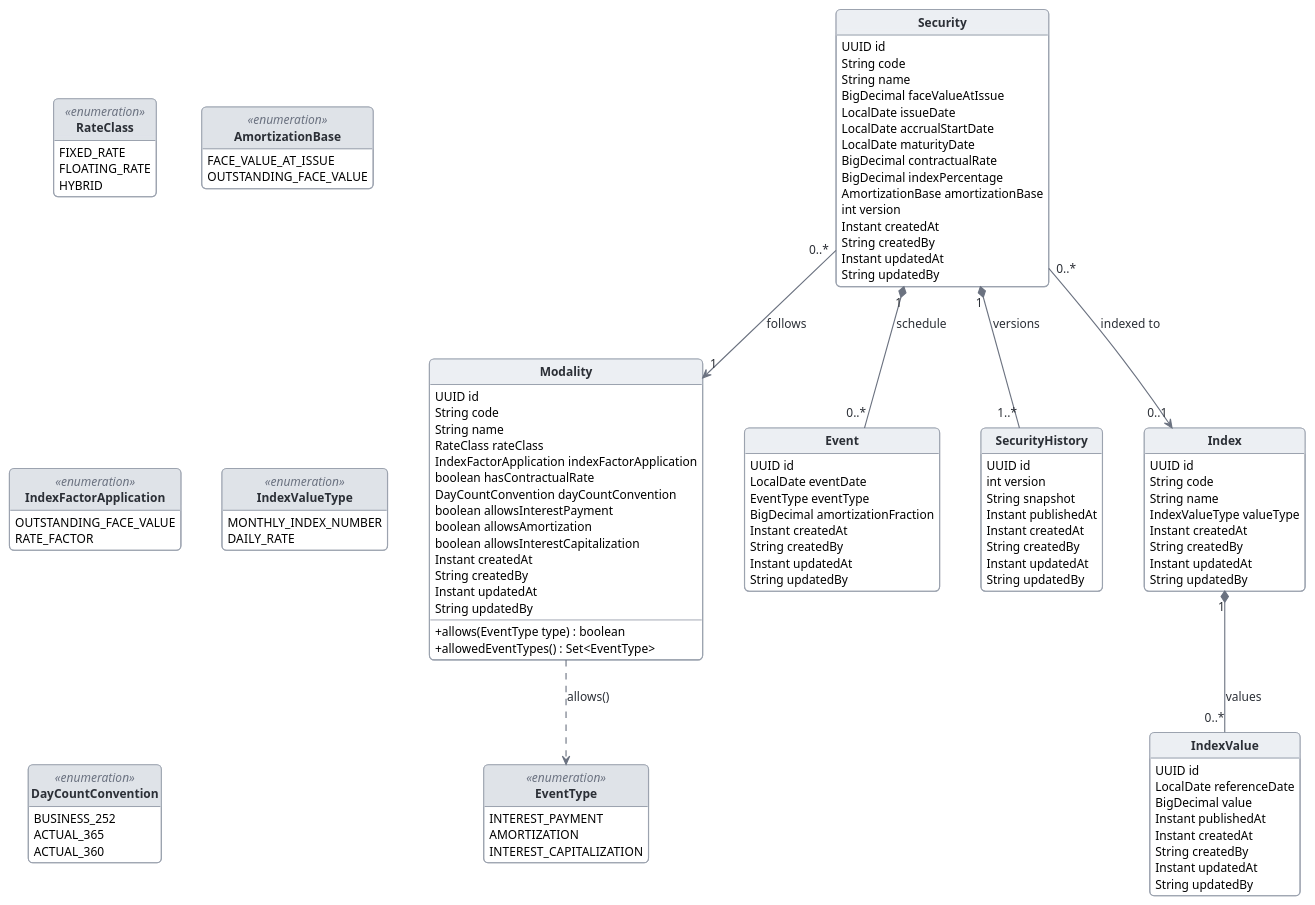
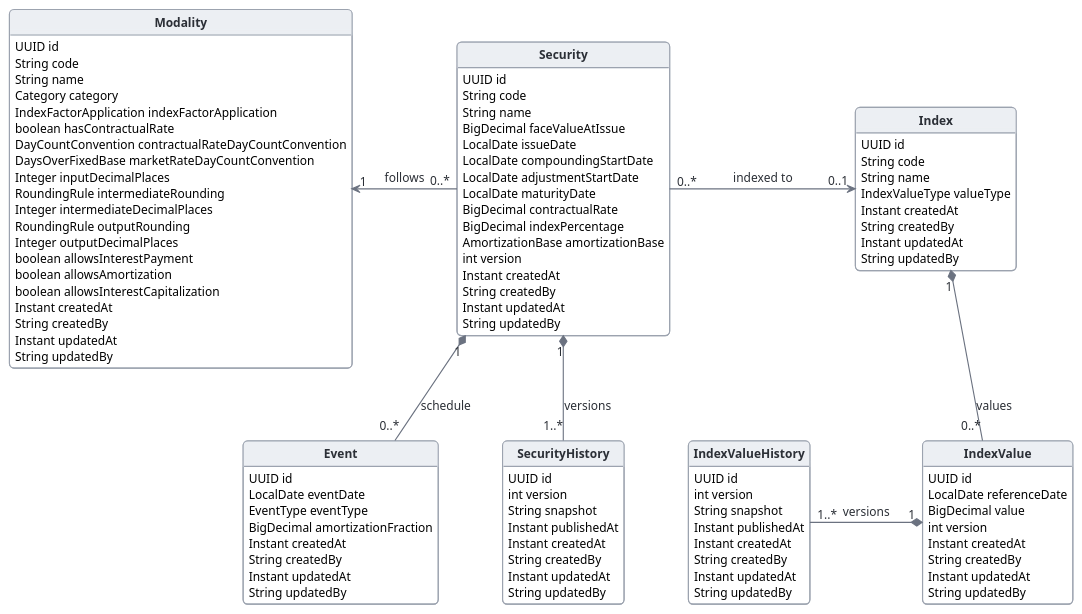
Before and after one commit to LiaSkarllate/finmathly: the diagram in docs/data-model.puml, drawn with PlantUML. The commit also changed 1 other file, not shown here.

Commit message:
docs: update the class diagram to the current data model

```diff
--- a/docs/data-model.puml
+++ b/docs/data-model.puml
@@ -1,155 +1,125 @@
 @startuml data-model
-' finmathly data model: class diagram of the registry (write side) service
 hide empty members
 hide circle
 skinparam shadowing false
 skinparam roundCorner 10
 skinparam classAttributeIconSize 0
 skinparam defaultFontName Helvetica
 skinparam defaultFontSize 13
-skinparam nodesep 45
+skinparam nodesep 70
 skinparam ranksep 60
 skinparam ArrowColor #6b7280
 skinparam ArrowThickness 1.2
 skinparam ArrowFontColor #2b2f36
 skinparam ClassBorderColor #9ca3af
 skinparam ClassBorderThickness 1.2
 skinparam ClassBackgroundColor #ffffff
 skinparam ClassHeaderBackgroundColor #eceff3
 skinparam ClassFontStyle bold
 skinparam ClassFontColor #2b2f36
-skinparam ClassStereotypeFontStyle italic
-skinparam ClassStereotypeFontColor #6b7280
-skinparam class {
-  HeaderBackgroundColor<<enumeration>> #dfe3e8
-}
 
 class Modality {
   UUID id
   String code
   String name
-  RateClass rateClass
+  Category category
   IndexFactorApplication indexFactorApplication
   boolean hasContractualRate
-  DayCountConvention dayCountConvention
+  DayCountConvention contractualRateDayCountConvention
+  DaysOverFixedBase marketRateDayCountConvention
+  Integer inputDecimalPlaces
+  RoundingRule intermediateRounding
+  Integer intermediateDecimalPlaces
+  RoundingRule outputRounding
+  Integer outputDecimalPlaces
   boolean allowsInterestPayment
   boolean allowsAmortization
   boolean allowsInterestCapitalization
   Instant createdAt
   String createdBy
   Instant updatedAt
   String updatedBy
-  --
-  +allows(EventType type) : boolean
-  +allowedEventTypes() : Set<EventType>
 }
 
 class Security {
   UUID id
   String code
   String name
   BigDecimal faceValueAtIssue
   LocalDate issueDate
-  LocalDate accrualStartDate
+  LocalDate compoundingStartDate
+  LocalDate adjustmentStartDate
   LocalDate maturityDate
   BigDecimal contractualRate
   BigDecimal indexPercentage
   AmortizationBase amortizationBase
   int version
   Instant createdAt
   String createdBy
   Instant updatedAt
   String updatedBy
 }
 
 class Event {
   UUID id
   LocalDate eventDate
   EventType eventType
   BigDecimal amortizationFraction
   Instant createdAt
   String createdBy
   Instant updatedAt
   String updatedBy
 }
 
 class SecurityHistory {
   UUID id
   int version
   String snapshot
   Instant publishedAt
   Instant createdAt
   String createdBy
   Instant updatedAt
   String updatedBy
 }
 
 class Index {
   UUID id
   String code
   String name
   IndexValueType valueType
   Instant createdAt
   String createdBy
   Instant updatedAt
   String updatedBy
 }
 
 class IndexValue {
   UUID id
   LocalDate referenceDate
   BigDecimal value
+  int version
+  Instant createdAt
+  String createdBy
+  Instant updatedAt
+  String updatedBy
+}
+
+class IndexValueHistory {
+  UUID id
+  int version
+  String snapshot
   Instant publishedAt
   Instant createdAt
   String createdBy
   Instant updatedAt
   String updatedBy
 }
 
-enum EventType <<enumeration>> {
-  INTEREST_PAYMENT
-  AMORTIZATION
-  INTEREST_CAPITALIZATION
-}
-
-enum RateClass <<enumeration>> {
-  FIXED_RATE
-  FLOATING_RATE
-  HYBRID
-}
-
-enum IndexFactorApplication <<enumeration>> {
-  OUTSTANDING_FACE_VALUE
-  RATE_FACTOR
-}
-
-enum AmortizationBase <<enumeration>> {
-  FACE_VALUE_AT_ISSUE
-  OUTSTANDING_FACE_VALUE
-}
-
-enum IndexValueType <<enumeration>> {
-  MONTHLY_INDEX_NUMBER
-  DAILY_RATE
-}
-
-enum DayCountConvention <<enumeration>> {
-  BUSINESS_252
-  ACTUAL_365
-  ACTUAL_360
-}
-
-Security "0..*" --> "1" Modality : follows
-Security "0..*" --> "0..1" Index : indexed to
+Security "0..*" -l-> "1" Modality : follows
+Security "0..*" -r-> "0..1" Index : indexed to
 Security "1" *-- "0..*" Event : schedule
 Security "1" *-- "1..*" SecurityHistory : versions
 Index "1" *-- "0..*" IndexValue : values
-Modality ..> EventType : allows()
+IndexValue "1" *-l- "1..*" IndexValueHistory : versions
 
-' Enums without lines: they appear as attribute types, kept together in a grid
-RateClass -[hidden]d- IndexFactorApplication
-IndexFactorApplication -[hidden]d- DayCountConvention
-AmortizationBase -[hidden]d- IndexValueType
-RateClass -[hidden]r- AmortizationBase
-IndexFactorApplication -[hidden]r- IndexValueType
 @enduml
```
